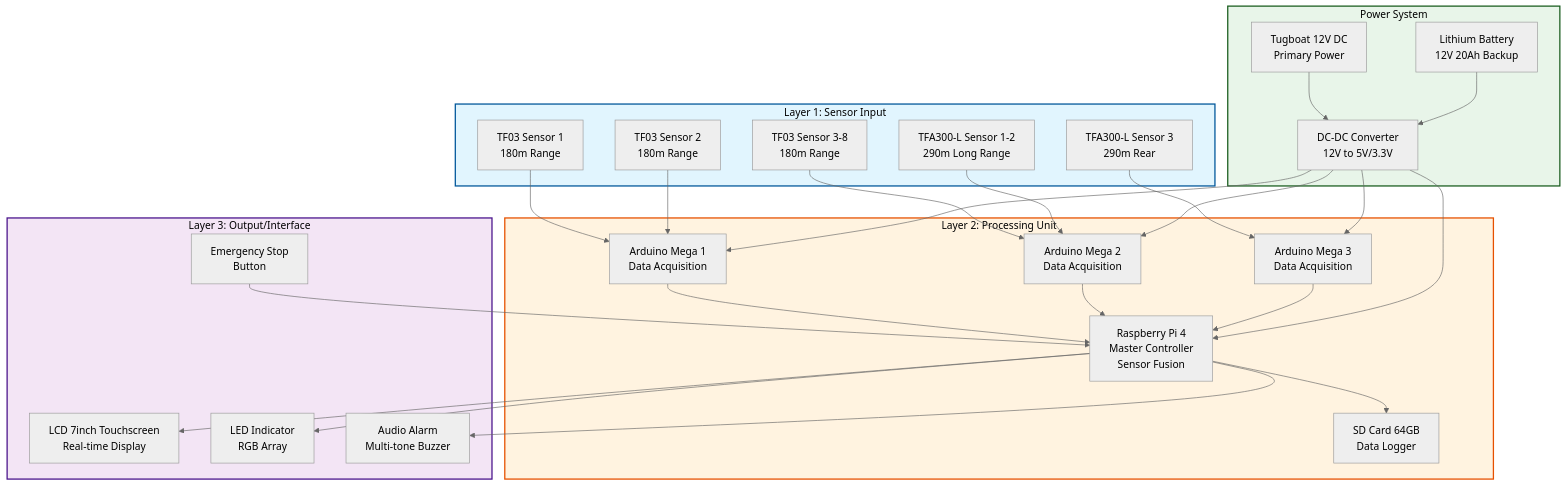
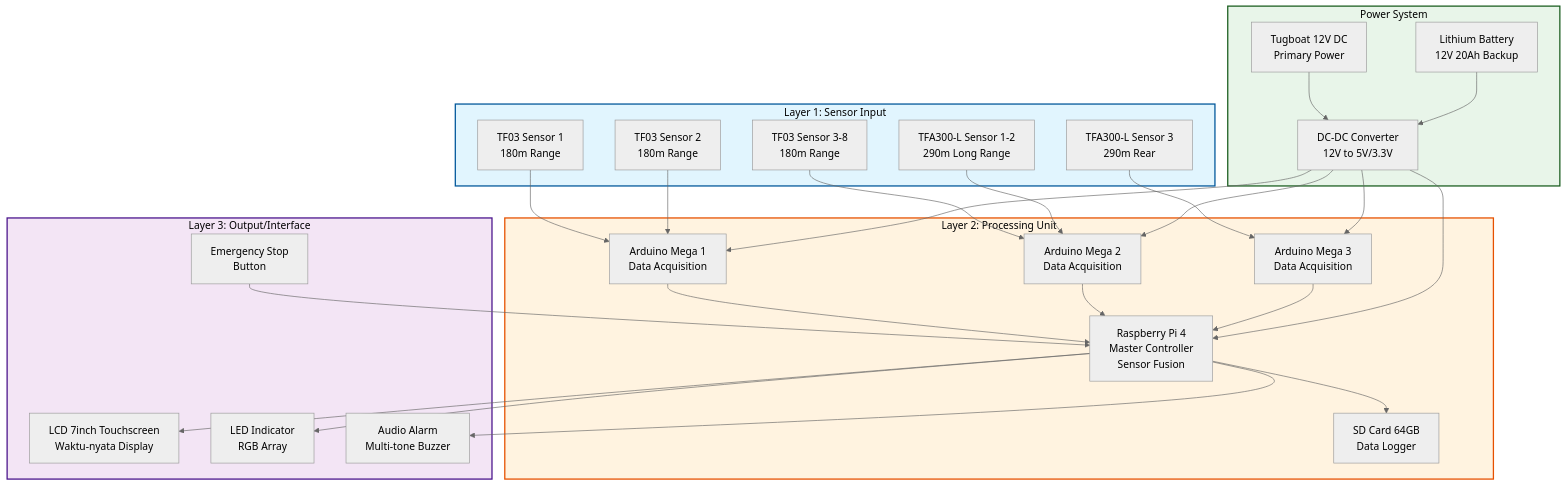
One commit to antonprafanto/buros2025 changed the first of 6 diagrams in 01_PROPOSAL_UTAMA_BESTARI_SAINTEK.md. Above: the diagram before and after it, drawn with Mermaid. The commit also changed other lines of this file, not shown here.

````diff
--- a/01_PROPOSAL_UTAMA_BESTARI_SAINTEK.md
+++ b/01_PROPOSAL_UTAMA_BESTARI_SAINTEK.md
@@ -134,78 +148,78 @@
 ```mermaid
 %%{init: {'theme':'neutral', 'themeVariables': { 'darkMode':'false'}}}%%
 graph TB
     subgraph Layer1["Layer 1: Sensor Input"]
         TF03_1["TF03 Sensor 1
         180m Range"]
         TF03_2["TF03 Sensor 2
         180m Range"]
         TF03_3["TF03 Sensor 3-8
         180m Range"]
         TFA_1["TFA300-L Sensor 1-2
         290m Long Range"]
         TFA_2["TFA300-L Sensor 3
         290m Rear"]
     end
 
     subgraph Layer2["Layer 2: Processing Unit"]
         ARD1["Arduino Mega 1
         Data Acquisition"]
         ARD2["Arduino Mega 2
         Data Acquisition"]
         ARD3["Arduino Mega 3
         Data Acquisition"]
         RPI["Raspberry Pi 4
         Master Controller
         Sensor Fusion"]
         SD["SD Card 64GB
         Data Logger"]
     end
 
     subgraph Layer3["Layer 3: Output/Interface"]
         LCD["LCD 7inch Touchscreen
-        Real-time Display"]
+        Waktu-nyata Display"]
         LED["LED Indicator
         RGB Array"]
         ALARM["Audio Alarm
         Multi-tone Buzzer"]
         ESTOP["Emergency Stop
         Button"]
     end
 
     subgraph Power["Power System"]
         BOAT["Tugboat 12V DC
         Primary Power"]
         BATT["Lithium Battery
         12V 20Ah Backup"]
         CONV["DC-DC Converter
         12V to 5V/3.3V"]
     end
 
     TF03_1 --> ARD1
     TF03_2 --> ARD1
     TF03_3 --> ARD2
     TFA_1 --> ARD2
     TFA_2 --> ARD3
 
     ARD1 --> RPI
     ARD2 --> RPI
     ARD3 --> RPI
 
     RPI --> SD
     RPI --> LCD
     RPI --> LED
     RPI --> ALARM
     ESTOP --> RPI
 
     BOAT --> CONV
     BATT --> CONV
     CONV --> ARD1
     CONV --> ARD2
     CONV --> ARD3
     CONV --> RPI
 
     style Layer1 fill:#e1f5fe,stroke:#01579b,stroke-width:2px,color:#000
     style Layer2 fill:#fff3e0,stroke:#e65100,stroke-width:2px,color:#000
     style Layer3 fill:#f3e5f5,stroke:#4a148c,stroke-width:2px,color:#000
     style Power fill:#e8f5e9,stroke:#1b5e20,stroke-width:2px,color:#000
 ```
````
